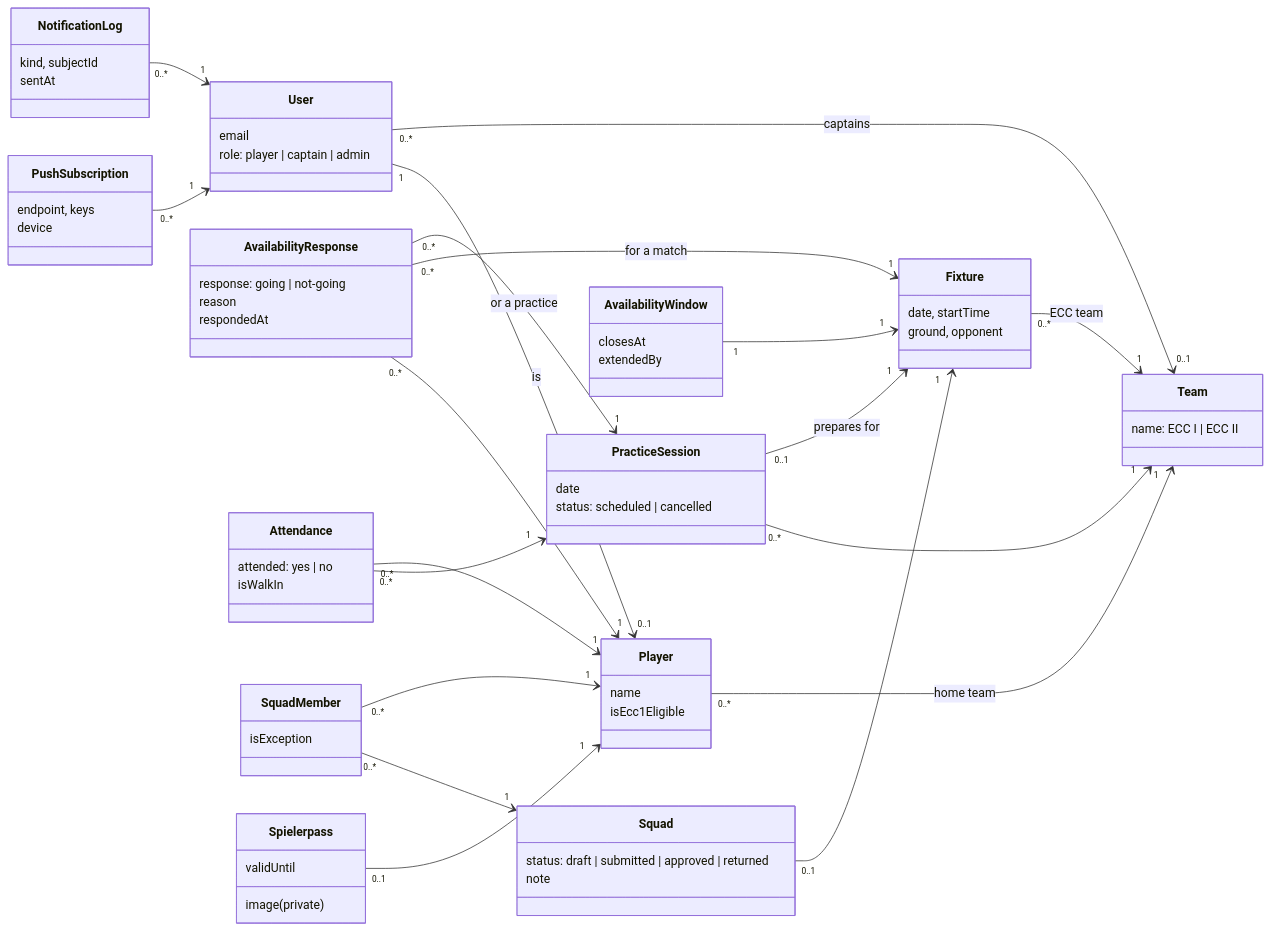
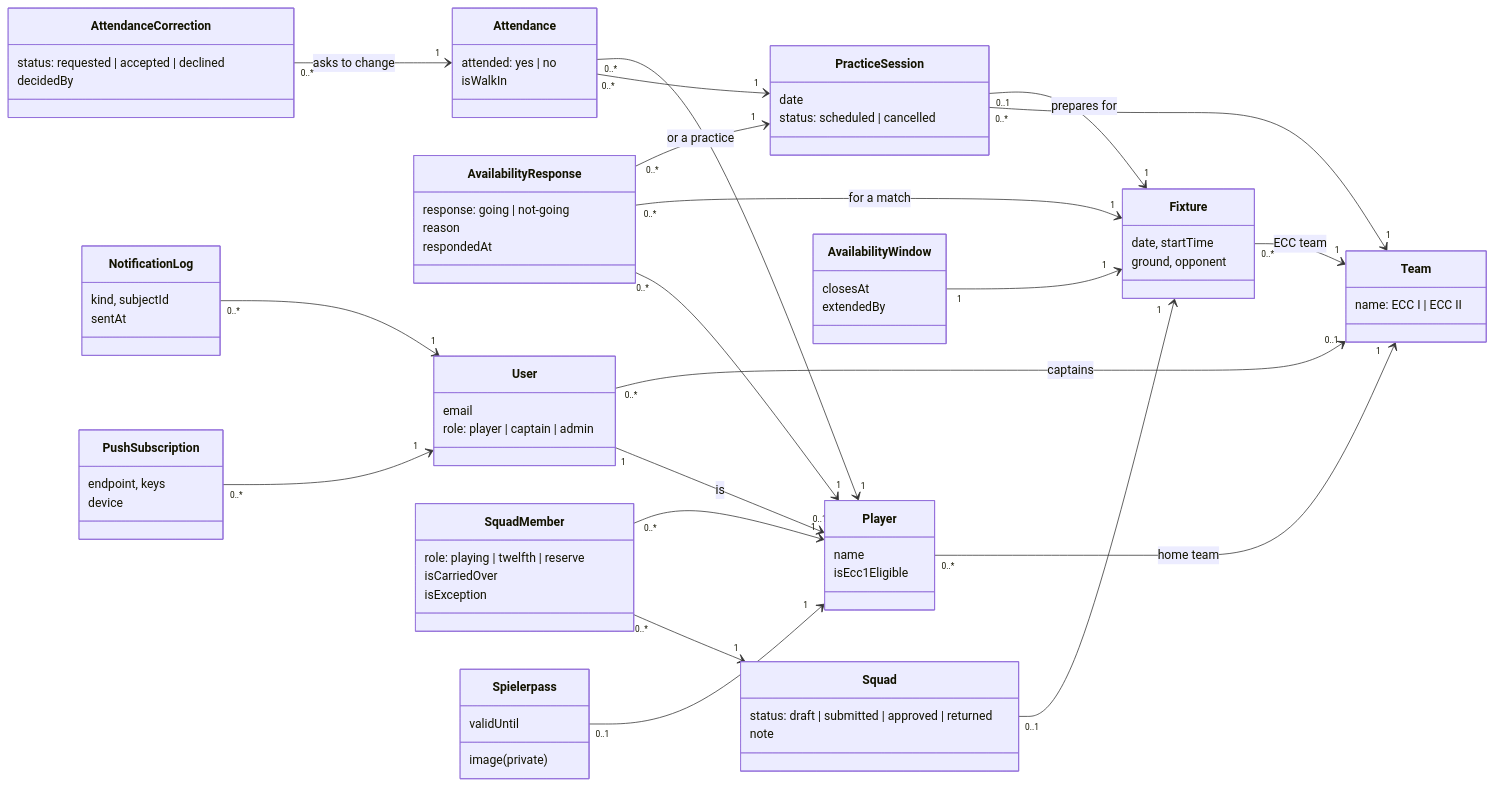
The second of 2 diagrams in docs/arc42/05-building-block-view.md (Saqibrafiq/ecc-app), drawn with Mermaid before and after one commit. The commit also changed 27 other files, not shown here.

````diff
--- a/docs/arc42/05-building-block-view.md
+++ b/docs/arc42/05-building-block-view.md
@@ -53,75 +53,82 @@
 ```mermaid
 classDiagram
   direction LR
 
   class User {
     email
     role: player | captain | admin
   }
   class Player {
     name
     isEcc1Eligible
   }
   class Team {
     name: ECC I | ECC II
   }
   class Fixture {
     date, startTime
     ground, opponent
   }
   class PracticeSession {
     date
     status: scheduled | cancelled
   }
   class AvailabilityResponse {
     response: going | not-going
     reason
     respondedAt
   }
   class Attendance {
     attended: yes | no
     isWalkIn
   }
   class AvailabilityWindow {
     closesAt
     extendedBy
   }
   class Squad {
     status: draft | submitted | approved | returned
     note
   }
   class SquadMember {
+    role: playing | twelfth | reserve
+    isCarriedOver
     isException
+  }
+  class AttendanceCorrection {
+    status: requested | accepted | declined
+    decidedBy
   }
   class Spielerpass {
     image (private)
     validUntil
   }
   class PushSubscription {
     endpoint, keys
     device
   }
   class NotificationLog {
     kind, subjectId
     sentAt
   }
 
   User "1" --> "0..1" Player : is
   User "0..*" --> "0..1" Team : captains
   Player "0..*" --> "1" Team : home team
   Fixture "0..*" --> "1" Team : ECC team
   PracticeSession "0..*" --> "1" Team
   PracticeSession "0..1" --> "1" Fixture : prepares for
   AvailabilityResponse "0..*" --> "1" Player
   AvailabilityResponse "0..*" --> "1" Fixture : for a match
   AvailabilityResponse "0..*" --> "1" PracticeSession : or a practice
   Attendance "0..*" --> "1" PracticeSession
   Attendance "0..*" --> "1" Player
   AvailabilityWindow "1" --> "1" Fixture
   Squad "0..1" --> "1" Fixture
   SquadMember "0..*" --> "1" Squad
   SquadMember "0..*" --> "1" Player
+  AttendanceCorrection "0..*" --> "1" Attendance : asks to change
   Spielerpass "0..1" --> "1" Player
   PushSubscription "0..*" --> "1" User
   NotificationLog "0..*" --> "1" User
 ```
````
